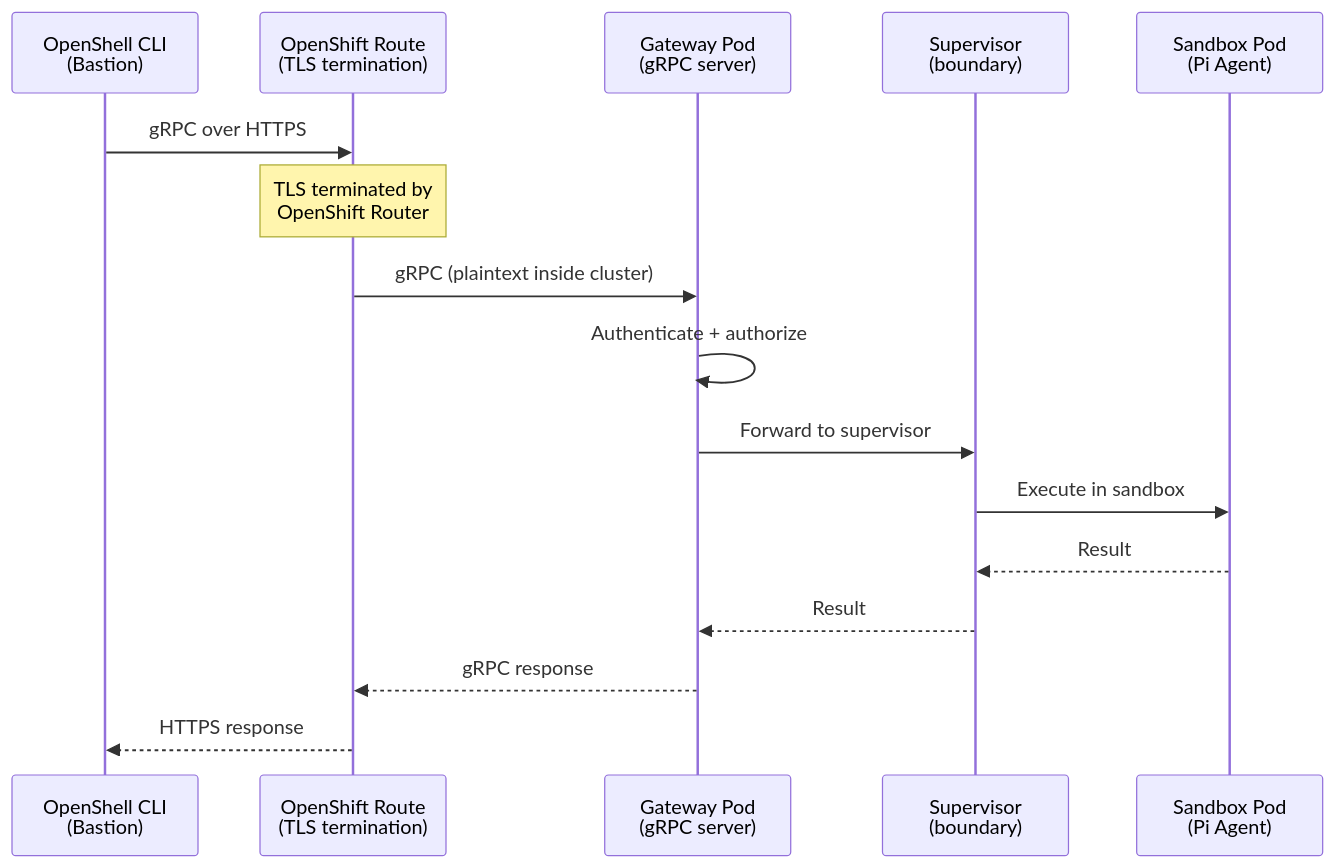
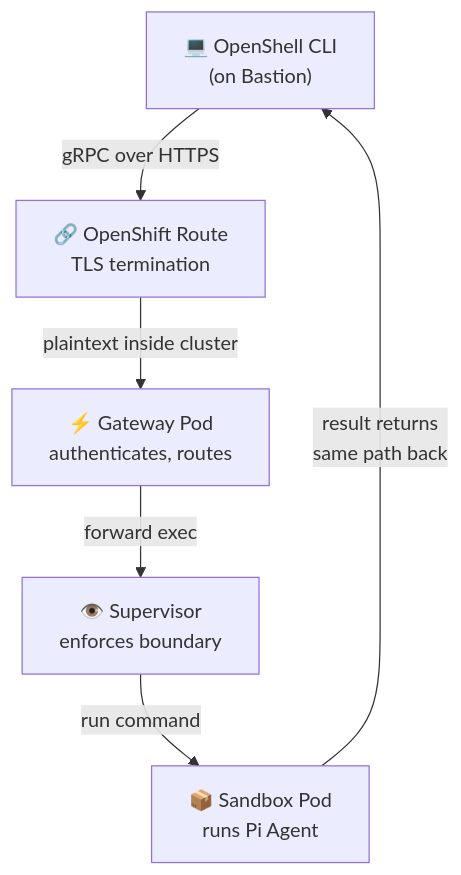
The diagram in docs/4-client-setup/README.md (avijra/openshell-ztm-lab), drawn with Mermaid before and after one commit. The commit also changed 6 other files, not shown here.

First line of the commit message:
fix: replace all unreadable sequence diagrams with simple vertical flows

````diff
--- a/docs/4-client-setup/README.md
+++ b/docs/4-client-setup/README.md
@@ -107,19 +107,14 @@
 ```mermaid
-sequenceDiagram
-    participant CLI as OpenShell CLI<br/>(Bastion)
-    participant Route as OpenShift Route<br/>(TLS termination)
-    participant GW as Gateway Pod<br/>(gRPC server)
-    participant SV as Supervisor<br/>(boundary)
-    participant SB as Sandbox Pod<br/>(Pi Agent)
+graph TD
+    CLI["💻 OpenShell CLI<br/>(on Bastion)"]
+    RT["🔗 OpenShift Route<br/>TLS termination"]
+    GW["⚡ Gateway Pod<br/>authenticates, routes"]
+    SV["👁️ Supervisor<br/>enforces boundary"]
+    SB["📦 Sandbox Pod<br/>runs Pi Agent"]
 
-    CLI->>Route: gRPC over HTTPS
-    Note over Route: TLS terminated by<br/>OpenShift Router
-    Route->>GW: gRPC (plaintext inside cluster)
-    GW->>GW: Authenticate + authorize
-    GW->>SV: Forward to supervisor
-    SV->>SB: Execute in sandbox
-    SB-->>SV: Result
-    SV-->>GW: Result
-    GW-->>Route: gRPC response
-    Route-->>CLI: HTTPS response
+    CLI -->|"gRPC over HTTPS"| RT
+    RT -->|"plaintext inside cluster"| GW
+    GW -->|"forward exec"| SV
+    SV -->|"run command"| SB
+    SB -->|"result returns<br/>same path back"| CLI
 ```
````
